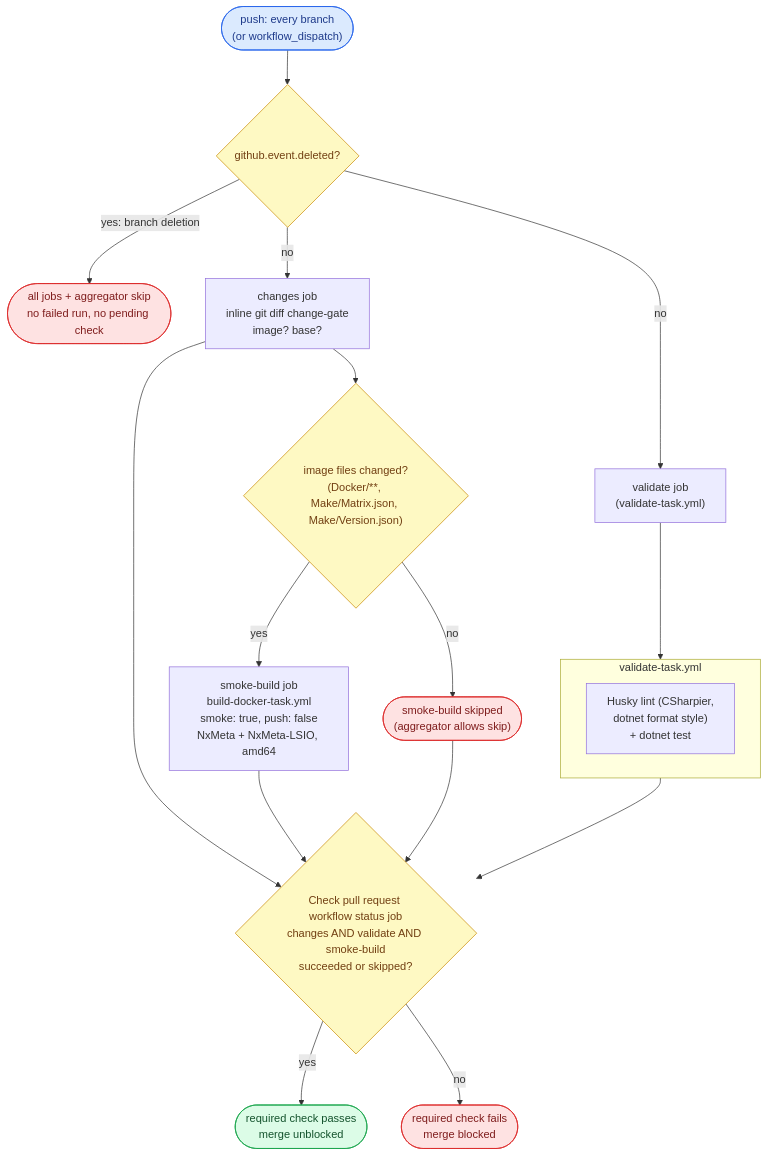
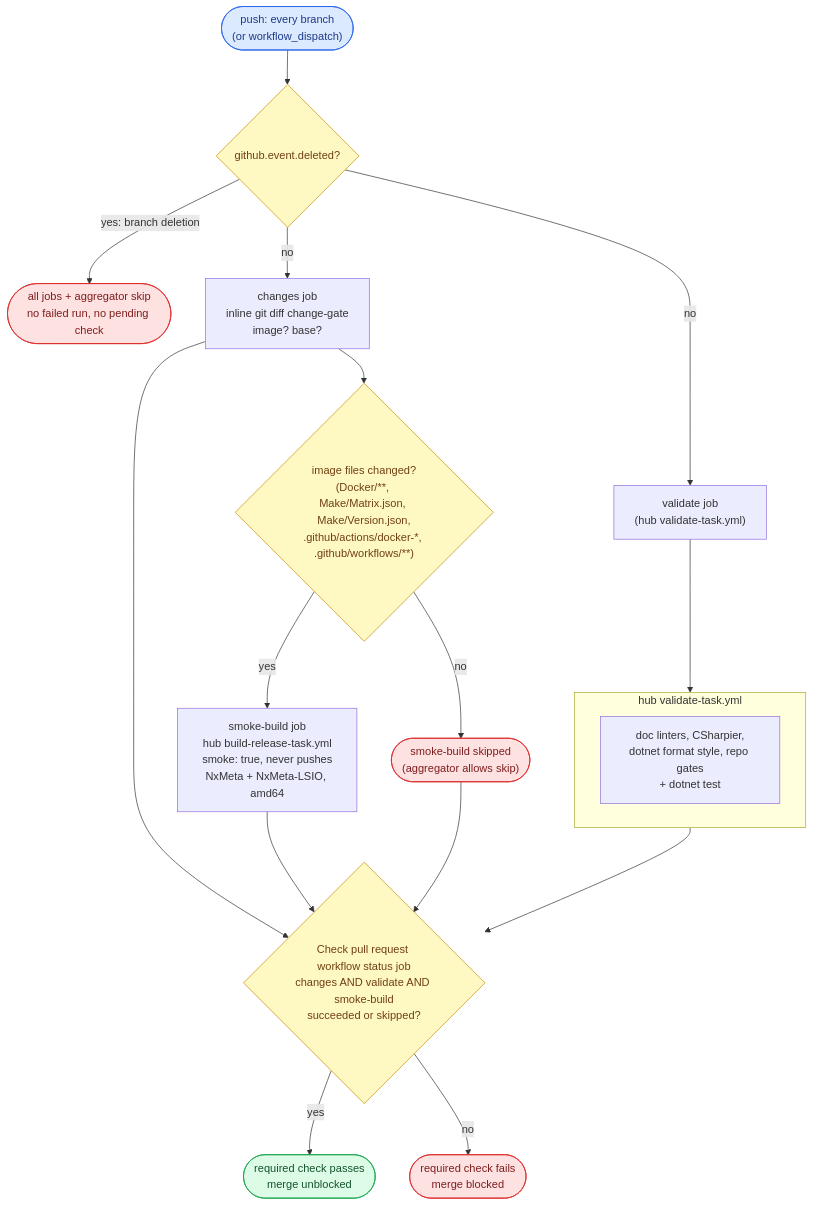
The first of 4 diagrams in WORKFLOW.md (ptr727/NxWitness), drawn with Mermaid before and after one commit. The commit also changed other lines of this file and 23 other files, not shown here.

````diff
--- a/WORKFLOW.md
+++ b/WORKFLOW.md
@@ -225,26 +245,26 @@
 ```mermaid
 flowchart TD
     T(["push: every branch<br/>(or workflow_dispatch)"]):::trig
     T --> D{"github.event.deleted?"}:::gate
     D -- "yes: branch deletion" --> X(["all jobs + aggregator skip<br/>no failed run, no pending check"]):::stop
     D -- "no" --> CH["changes job<br/>inline git diff change-gate<br/>image? base?"]
-    D -- "no" --> V["validate job<br/>(validate-task.yml)"]
-    subgraph VT ["validate-task.yml"]
-        VU["Husky lint (CSharpier,<br/>dotnet format style)<br/>+ dotnet test"]
+    D -- "no" --> V["validate job<br/>(hub validate-task.yml)"]
+    subgraph VT ["hub validate-task.yml"]
+        VU["doc linters, CSharpier,<br/>dotnet format style, repo gates<br/>+ dotnet test"]
     end
     V --> VT
-    CH --> SG{"image files changed?<br/>(Docker/**, Make/Matrix.json, Make/Version.json)"}:::gate
+    CH --> SG{"image files changed?<br/>(Docker/**, Make/Matrix.json, Make/Version.json,<br/>.github/actions/docker-*, .github/workflows/**)"}:::gate
     SG -- "no" --> SS(["smoke-build skipped<br/>(aggregator allows skip)"]):::stop
-    SG -- "yes" --> S["smoke-build job<br/>build-docker-task.yml<br/>smoke: true, push: false<br/>NxMeta + NxMeta-LSIO, amd64"]
+    SG -- "yes" --> S["smoke-build job<br/>hub build-release-task.yml<br/>smoke: true, never pushes<br/>NxMeta + NxMeta-LSIO, amd64"]
     CH --> A
     VT --> A
     S --> A
     SS --> A
     A{"Check pull request workflow status job<br/>changes AND validate AND smoke-build<br/>succeeded or skipped?"}:::gate
     A -- "yes" --> G(["required check passes<br/>merge unblocked"]):::pub
     A -- "no" --> R(["required check fails<br/>merge blocked"]):::stop
     classDef trig fill:#dbeafe,stroke:#2563eb,color:#1e3a8a
     classDef gate fill:#fef9c3,stroke:#ca8a04,color:#713f12
     classDef pub fill:#dcfce7,stroke:#16a34a,color:#14532d
     classDef stop fill:#fee2e2,stroke:#dc2626,color:#7f1d1d
 ```
````
